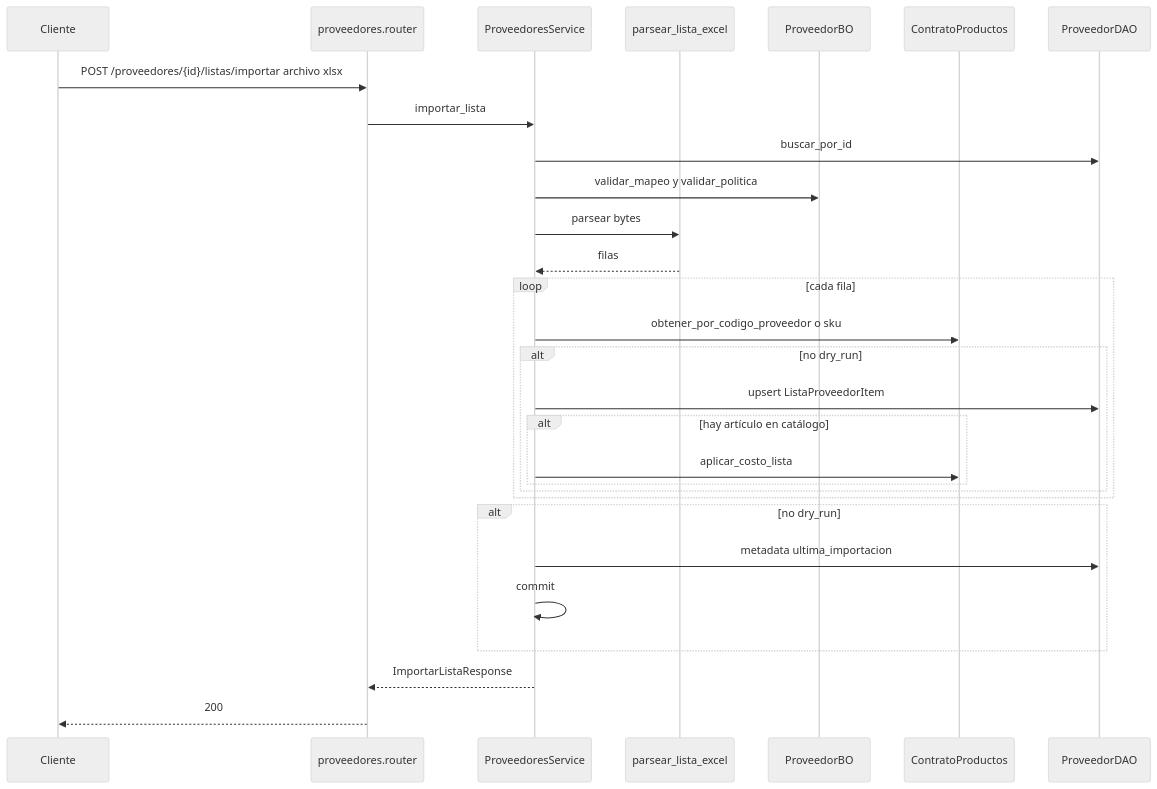
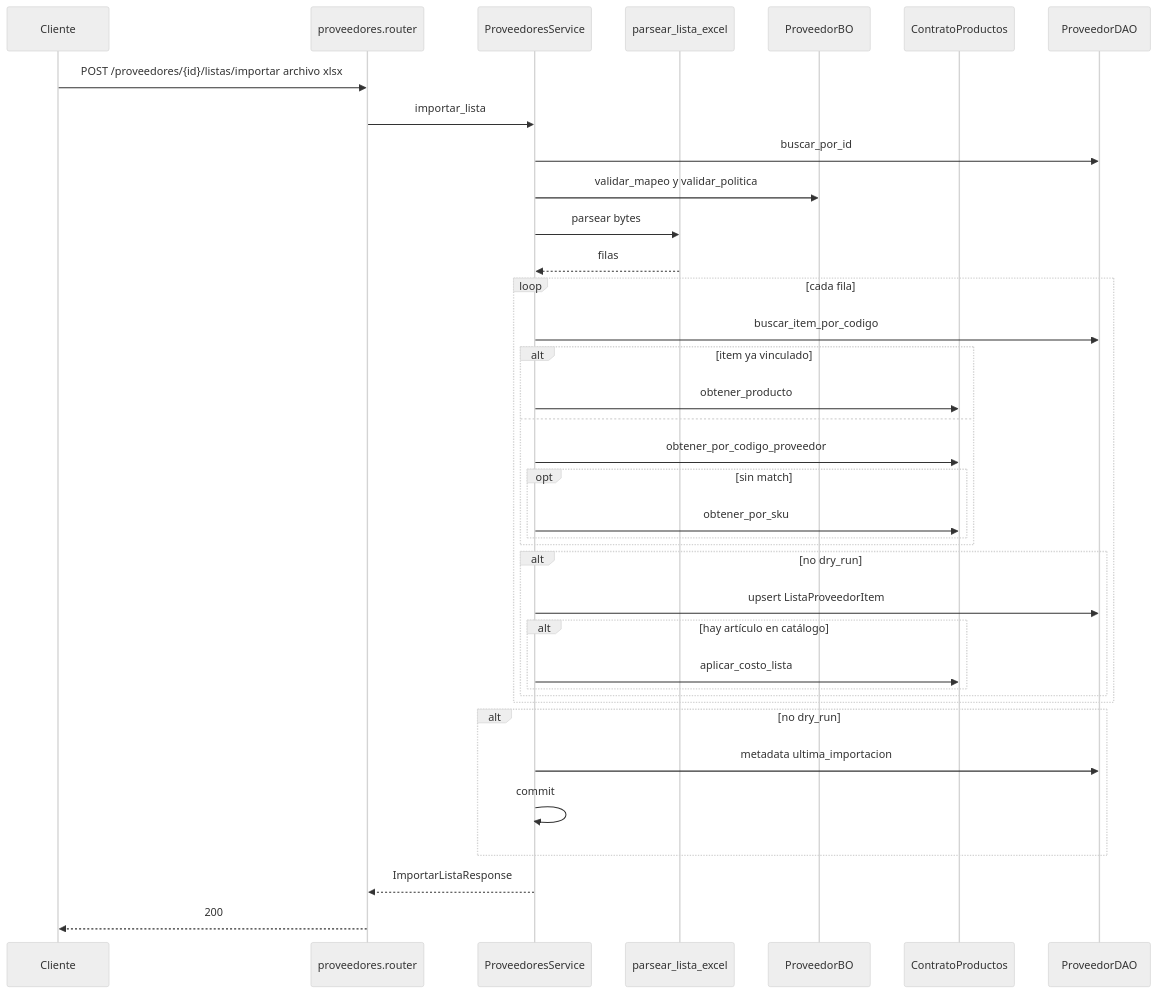
The diagram in docs/diagramas/proveedores.md (estsan3/ventas360-api), drawn with Mermaid (neutral theme) before and after one commit. The commit also changed 2 other files, not shown here.

Commit message:
docs: alinear mermaid de proveedores, IA y stock
Match de lista por ítem vinculado → código proveedor → SKU; mostrador
exige AI habilitada; movimientos de contrato egreso_remito / ingreso.

````diff
--- a/docs/diagramas/proveedores.md
+++ b/docs/diagramas/proveedores.md
@@ -12,32 +12,40 @@
 ```mermaid
 sequenceDiagram
     participant Cliente
     participant Router as proveedores.router
     participant Service as ProveedoresService
     participant Excel as parsear_lista_excel
     participant BO as ProveedorBO
     participant Productos as ContratoProductos
     participant DAO as ProveedorDAO
 
     Cliente->>Router: POST /proveedores/{id}/listas/importar archivo xlsx
     Router->>Service: importar_lista
     Service->>DAO: buscar_por_id
     Service->>BO: validar_mapeo y validar_politica
     Service->>Excel: parsear bytes
     Excel-->>Service: filas
     loop cada fila
-        Service->>Productos: obtener_por_codigo_proveedor o sku
+        Service->>DAO: buscar_item_por_codigo
+        alt item ya vinculado
+            Service->>Productos: obtener_producto
+        else
+            Service->>Productos: obtener_por_codigo_proveedor
+            opt sin match
+                Service->>Productos: obtener_por_sku
+            end
+        end
         alt no dry_run
             Service->>DAO: upsert ListaProveedorItem
             alt hay artículo en catálogo
                 Service->>Productos: aplicar_costo_lista
             end
         end
     end
     alt no dry_run
         Service->>DAO: metadata ultima_importacion
         Service->>Service: commit
     end
     Service-->>Router: ImportarListaResponse
     Router-->>Cliente: 200
 ```
````
